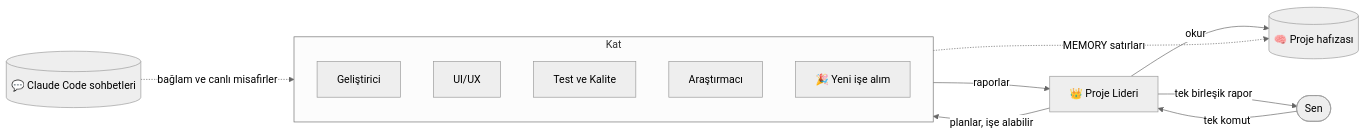
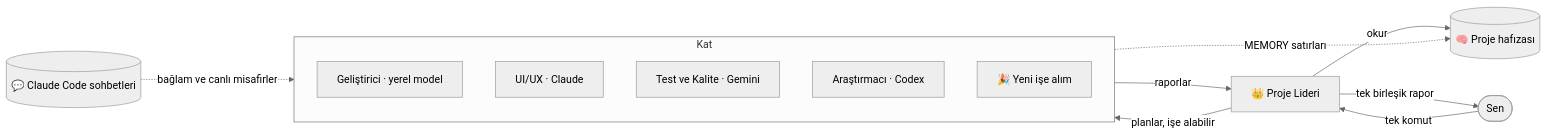
The diagram in docs/readme/README.tr.md (RealMrNovember/Atrium), drawn with Mermaid (neutral theme) before and after one commit. The commit also changed other lines of this file and 23 other files, not shown here.

````diff
--- a/docs/readme/README.tr.md
+++ b/docs/readme/README.tr.md
@@ -65,17 +107,17 @@
 ```mermaid
 flowchart LR
     You([Sen]) -- tek komut --> Lead[👑 Proje Lideri]
     Lead -- okur --> Mem[(🧠 Proje hafızası)]
     Lead -- planlar, işe alabilir --> Team
     subgraph Team [Kat]
-      Dev[Geliştirici]
-      UX[UI/UX]
-      QA[Test ve Kalite]
-      Res[Araştırmacı]
+      Dev[Geliştirici · yerel model]
+      UX[UI/UX · Claude]
+      QA[Test ve Kalite · Gemini]
+      Res[Araştırmacı · Codex]
       New[🎉 Yeni işe alım]
     end
     Team -- raporlar --> Lead
     Lead -- tek birleşik rapor --> You
     Team -. MEMORY satırları .-> Mem
     Chats[(💬 Claude Code sohbetleri)] -. bağlam ve canlı misafirler .-> Team
 ```
````
